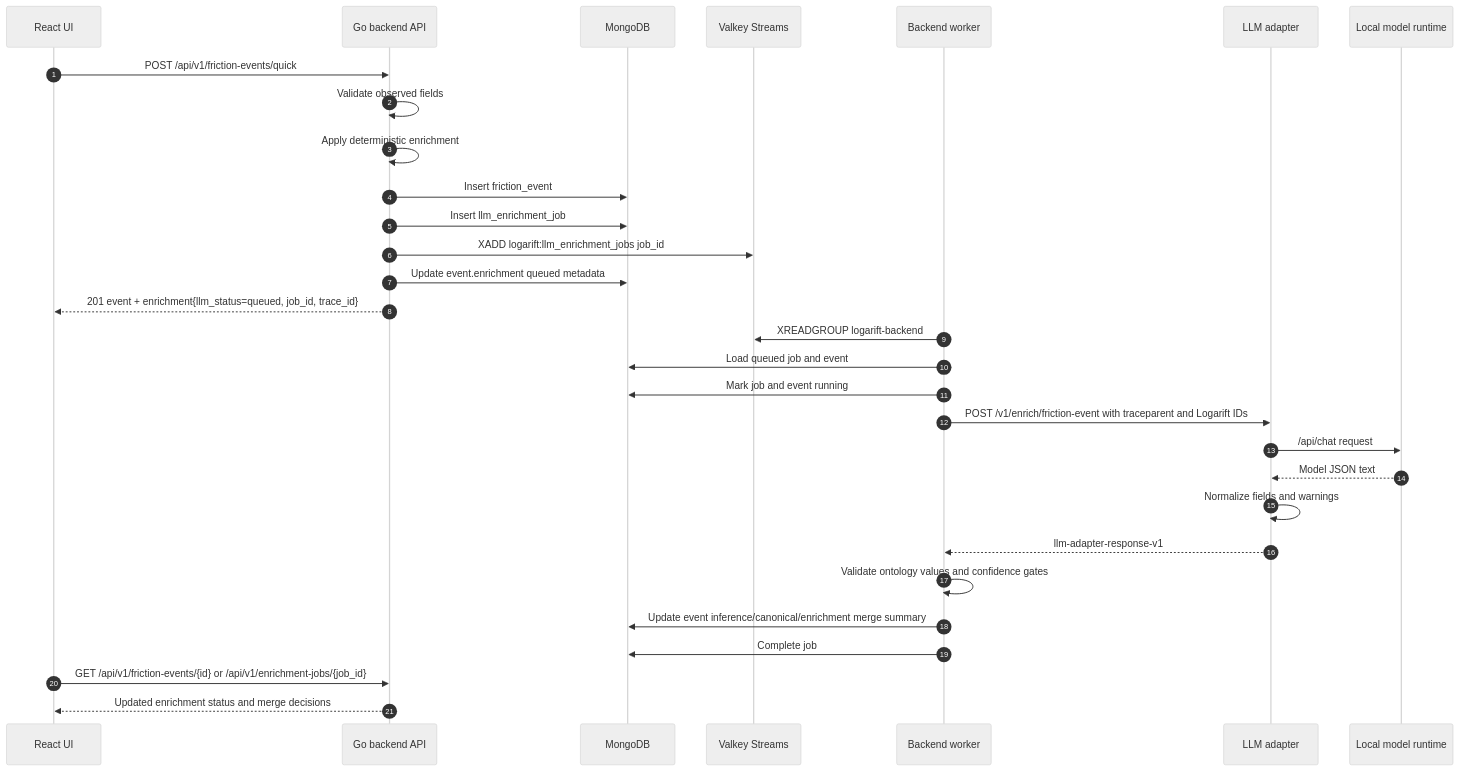
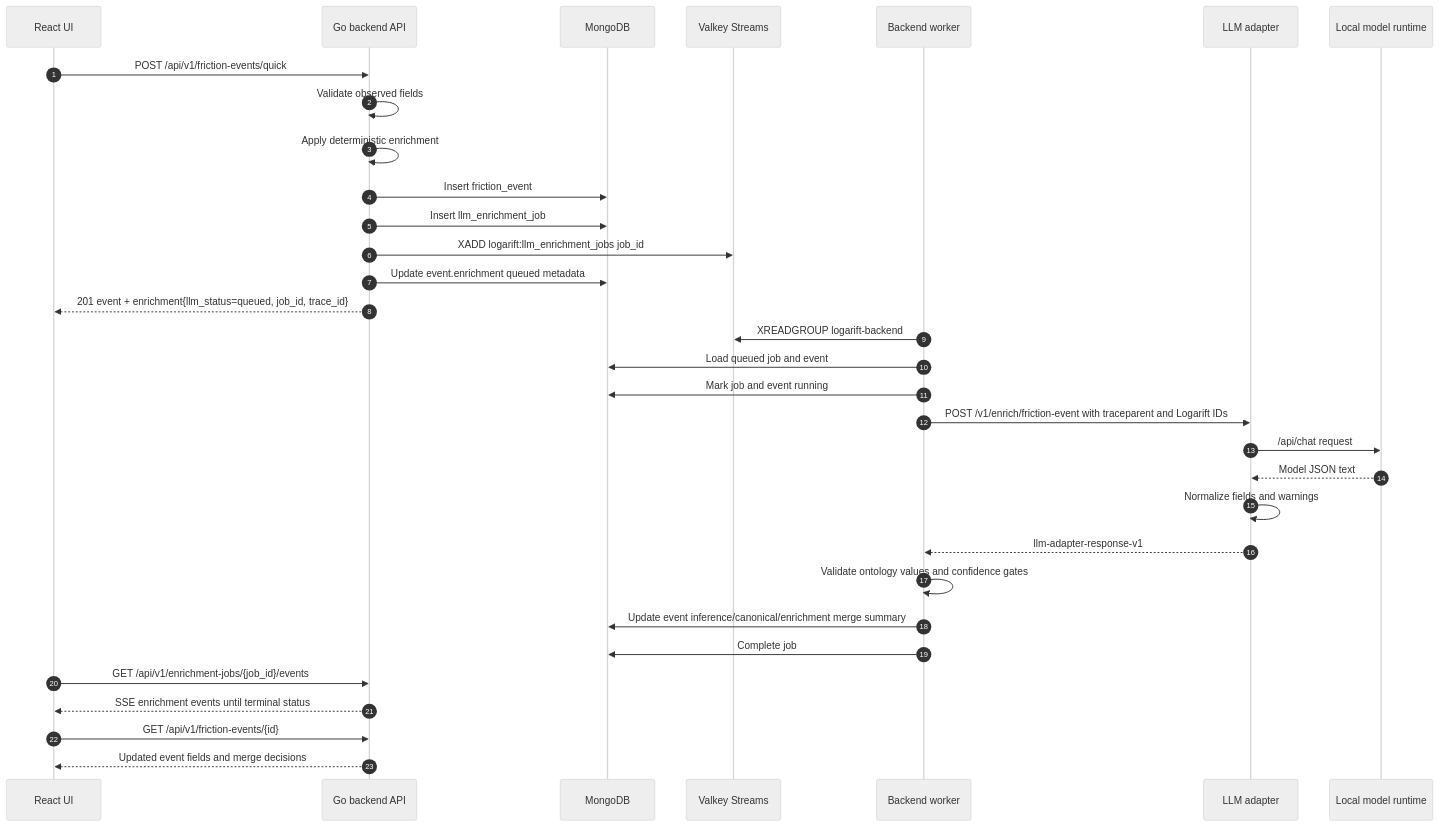
One commit to MisterVVP/logarift changed the second of 5 diagrams in docs/technical/system-design.md. Above: the diagram before and after it, drawn with Mermaid (neutral theme). The commit also changed other lines of this file and 47 other files, not shown here.

Commit message:
Add SSE updates Helm chart and CI

````diff
--- a/docs/technical/system-design.md
+++ b/docs/technical/system-design.md
@@ -39,34 +39,36 @@
 ```mermaid
 sequenceDiagram
   autonumber
   participant UI as React UI
   participant API as Go backend API
   participant DB as MongoDB
   participant Valkey as Valkey Streams
   participant Worker as Backend worker
   participant Adapter as LLM adapter
   participant Runtime as Local model runtime
 
   UI->>API: POST /api/v1/friction-events/quick
   API->>API: Validate observed fields
   API->>API: Apply deterministic enrichment
   API->>DB: Insert friction_event
   API->>DB: Insert llm_enrichment_job
   API->>Valkey: XADD logarift:llm_enrichment_jobs job_id
   API->>DB: Update event.enrichment queued metadata
   API-->>UI: 201 event + enrichment{llm_status=queued, job_id, trace_id}
 
   Worker->>Valkey: XREADGROUP logarift-backend
   Worker->>DB: Load queued job and event
   Worker->>DB: Mark job and event running
   Worker->>Adapter: POST /v1/enrich/friction-event with traceparent and Logarift IDs
   Adapter->>Runtime: /api/chat request
   Runtime-->>Adapter: Model JSON text
   Adapter->>Adapter: Normalize fields and warnings
   Adapter-->>Worker: llm-adapter-response-v1
   Worker->>Worker: Validate ontology values and confidence gates
   Worker->>DB: Update event inference/canonical/enrichment merge summary
   Worker->>DB: Complete job
-  UI->>API: GET /api/v1/friction-events/{id} or /api/v1/enrichment-jobs/{job_id}
-  API-->>UI: Updated enrichment status and merge decisions
+  UI->>API: GET /api/v1/enrichment-jobs/{job_id}/events
+  API-->>UI: SSE enrichment events until terminal status
+  UI->>API: GET /api/v1/friction-events/{id}
+  API-->>UI: Updated event fields and merge decisions
 ```
````
